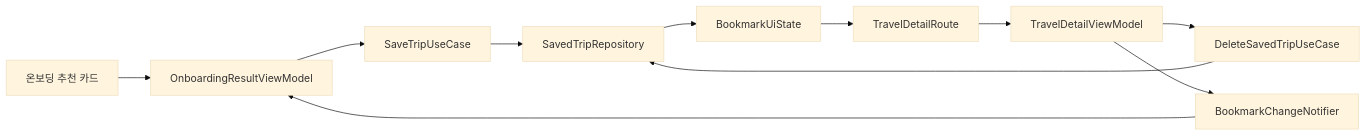
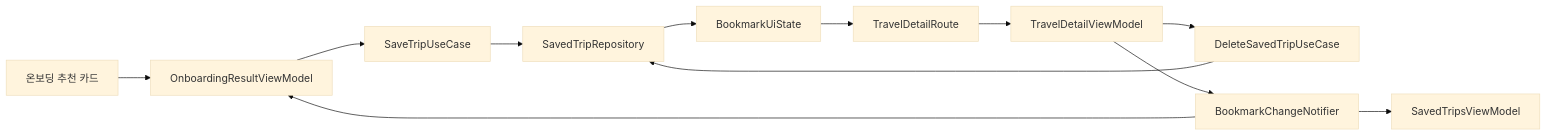
Before and after one commit to SAIRO14/SAIRO-ANDROID: the diagram in docs/intermediate/bookmark-ui-state.md, drawn with Mermaid (base theme). The commit also changed other lines of this file and 3 other files, not shown here.

````diff
--- a/docs/intermediate/bookmark-ui-state.md
+++ b/docs/intermediate/bookmark-ui-state.md
@@ -36,13 +36,14 @@
 ```mermaid
 flowchart LR
     RESULT[온보딩 추천 카드] --> RVM[OnboardingResultViewModel]
     RVM --> SAVE[SaveTripUseCase]
     SAVE --> REPO[SavedTripRepository]
     REPO --> STATE[BookmarkUiState]
     STATE --> ROUTE[TravelDetailRoute]
     ROUTE --> DVM[TravelDetailViewModel]
     DVM --> DELETE[DeleteSavedTripUseCase]
     DELETE --> REPO
     DVM --> CHANGE[BookmarkChangeNotifier]
     CHANGE --> RVM
+    CHANGE --> SVM[SavedTripsViewModel]
 ```
````
